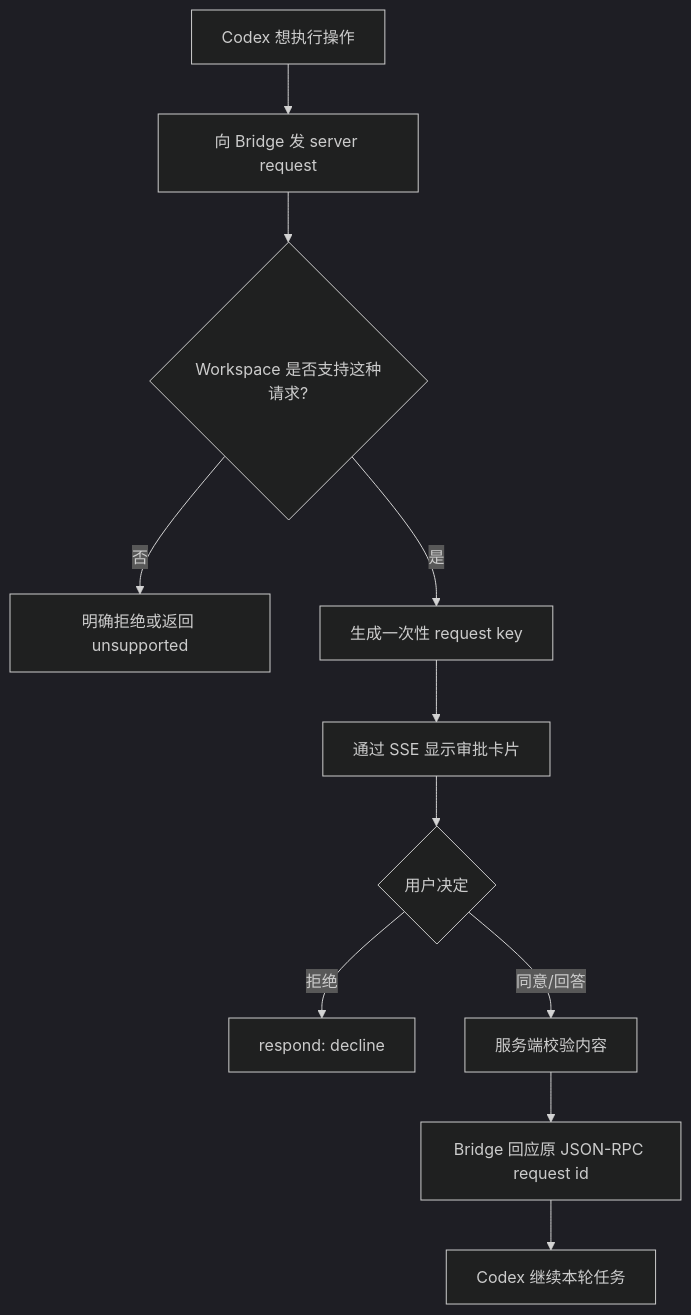
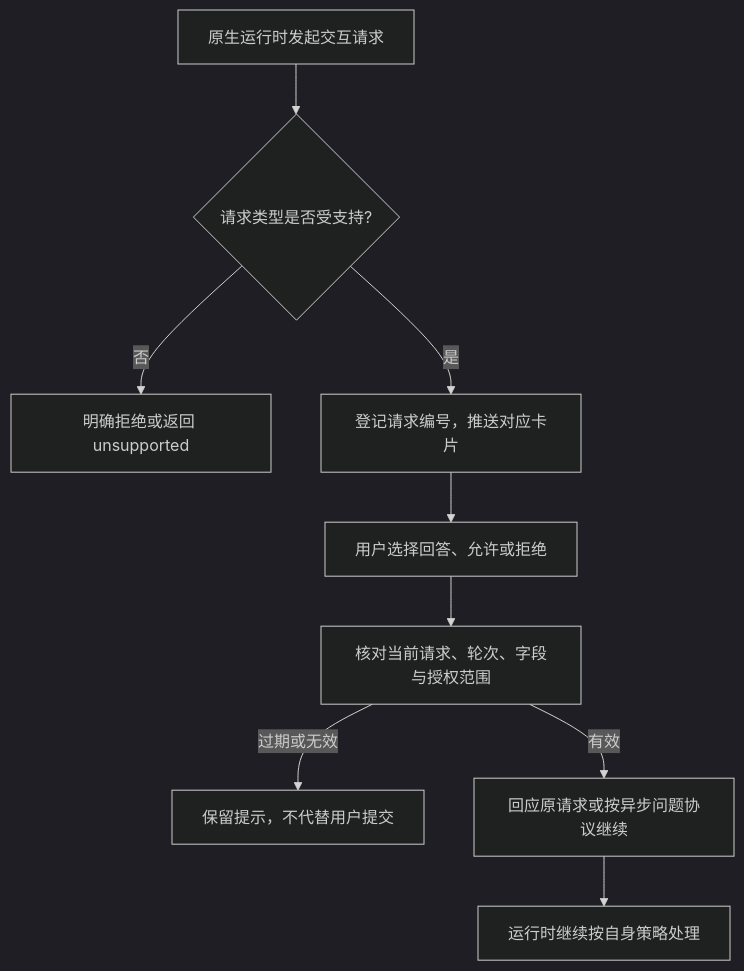
Before and after one commit to liuxiansheng-w/codex_web_used_bybigdata: the fourth of 7 diagrams in 项目原理详解.md, drawn with Mermaid (dark theme). The commit also changed other lines of this file and 63 other files, not shown here.

````diff
--- a/项目原理详解.md
+++ b/项目原理详解.md
@@ -214,13 +229,11 @@
 ```mermaid
 flowchart TD
-    A[Codex 想执行操作] --> B[向 Bridge 发 server request]
-    B --> C{Workspace 是否支持这种请求?}
-    C -- 否 --> D[明确拒绝或返回 unsupported]
-    C -- 是 --> E[生成一次性 request key]
-    E --> F[通过 SSE 显示审批卡片]
-    F --> G{用户决定}
-    G -- 拒绝 --> H[respond: decline]
-    G -- 同意/回答 --> I[服务端校验内容]
-    I --> J[Bridge 回应原 JSON-RPC request id]
-    J --> K[Codex 继续本轮任务]
+    Request[原生运行时发起交互请求] --> Classify{请求类型是否受支持?}
+    Classify -->|否| Reject[明确拒绝或返回 unsupported]
+    Classify -->|是| Card[登记请求编号，推送对应卡片]
+    Card --> User[用户选择回答、允许或拒绝]
+    User --> Check[核对当前请求、轮次、字段与授权范围]
+    Check -->|过期或无效| Error[保留提示，不代替用户提交]
+    Check -->|有效| Response[回应原请求或按异步问题协议继续]
+    Response --> Runtime[运行时继续按自身策略处理]
 ```
````
